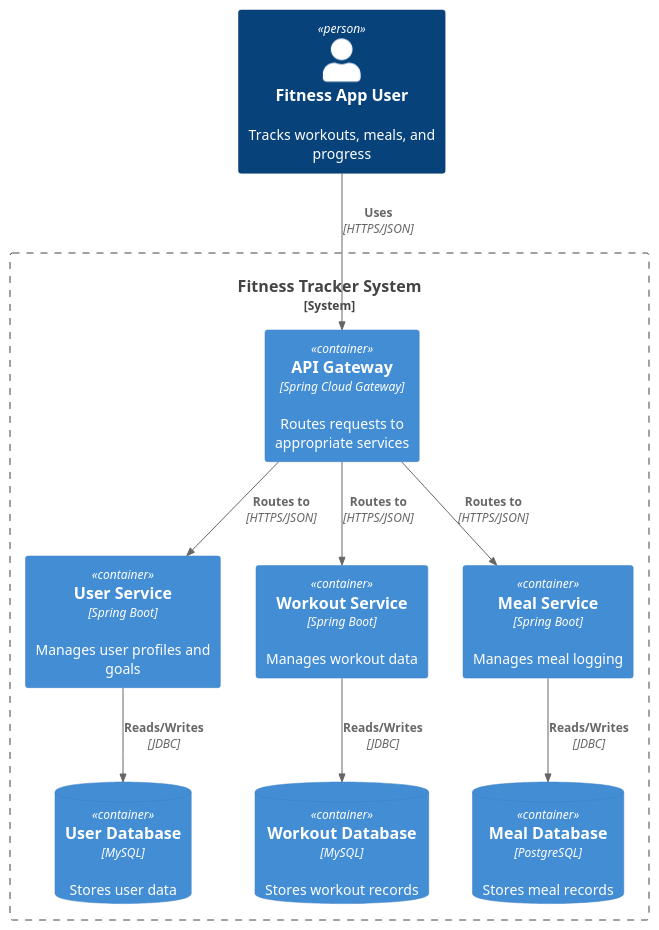
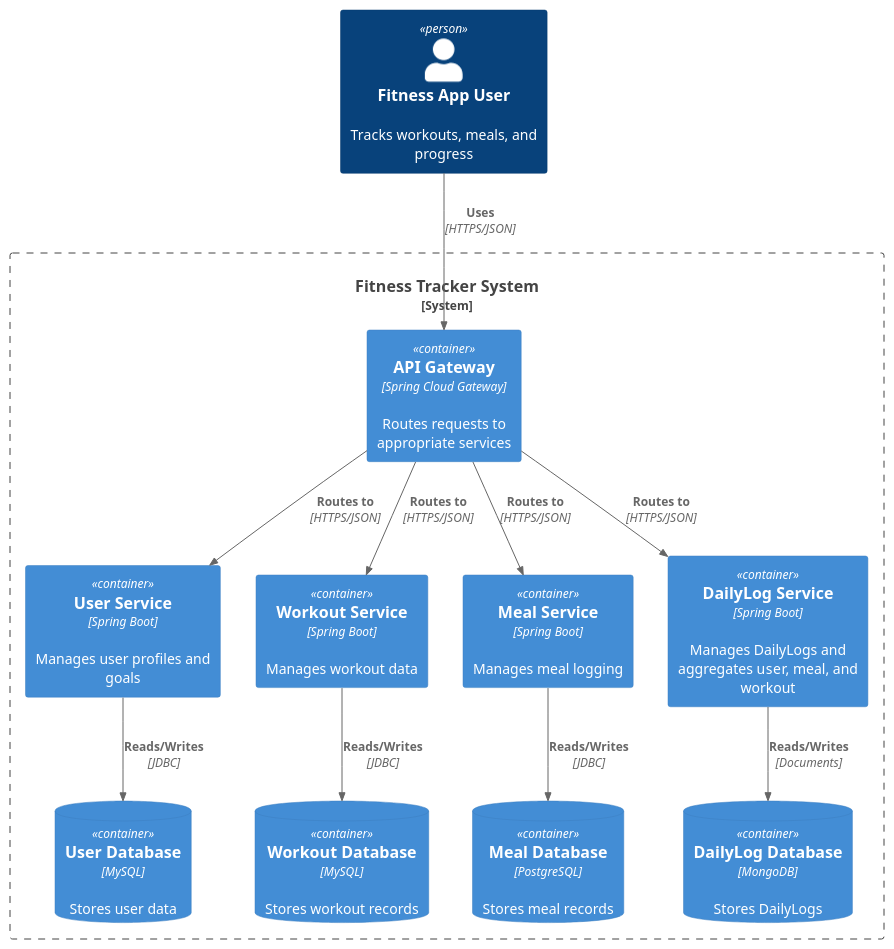
The diagram in design/c4_l2_fitnesstracker.puml (wolvy27/fitness-tracker), drawn with PlantUML before and after one commit. The commit also changed 27 other files, not shown here.

```diff
--- a/design/c4_l2_fitnesstracker.puml
+++ b/design/c4_l2_fitnesstracker.puml
@@ -1,33 +1,38 @@
 @startuml C4_Level2_FitnessTracker
 !include https://raw.githubusercontent.com/plantuml-stdlib/C4-PlantUML/master/C4_Container.puml
 
 Person(user, "Fitness App User", "Tracks workouts, meals, and progress")
 
 System_Boundary(fitnessSystem, "Fitness Tracker System") {
     Container(apiGateway, "API Gateway", "Spring Cloud Gateway", "Routes requests to appropriate services")
 
     Container(userService, "User Service", "Spring Boot", "Manages user profiles and goals")
     ContainerDb(userDb, "User Database", "MySQL", "Stores user data")
 
     Container(workoutService, "Workout Service", "Spring Boot", "Manages workout data")
     ContainerDb(workoutDb, "Workout Database", "MySQL", "Stores workout records")
 
     Container(mealService, "Meal Service", "Spring Boot", "Manages meal logging")
     ContainerDb(mealDb, "Meal Database", "PostgreSQL", "Stores meal records")
+
+    Container(dailylogService, "DailyLog Service", "Spring Boot", "Manages DailyLogs and aggregates user, meal, and workout")
+    ContainerDb(dailylogDb, "DailyLog Database", "MongoDB", "Stores DailyLogs")
 }
 
 ' External interactions
 Rel(user, apiGateway, "Uses", "HTTPS/JSON")
 
 ' API Gateway to services
 Rel(apiGateway, userService, "Routes to", "HTTPS/JSON")
 Rel(apiGateway, workoutService, "Routes to", "HTTPS/JSON")
 Rel(apiGateway, mealService, "Routes to", "HTTPS/JSON")
+Rel(apiGateway, dailylogService, "Routes to", "HTTPS/JSON")
 
 ' Services to their databases
 Rel(userService, userDb, "Reads/Writes", "JDBC")
 Rel(workoutService, workoutDb, "Reads/Writes", "JDBC")
 Rel(mealService, mealDb, "Reads/Writes", "JDBC")
+Rel(dailylogService, dailylogDb, "Reads/Writes", "Documents")
 
 
 @enduml
```
